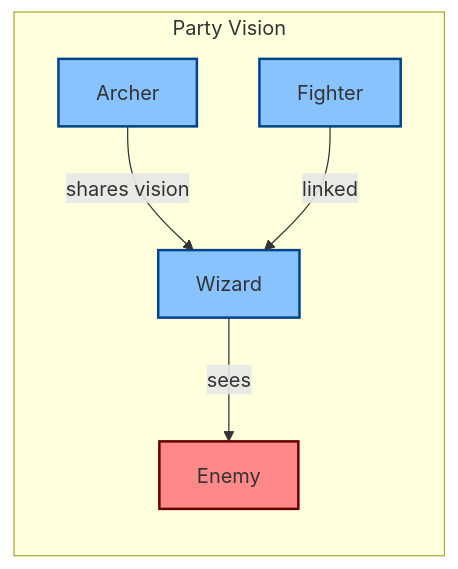
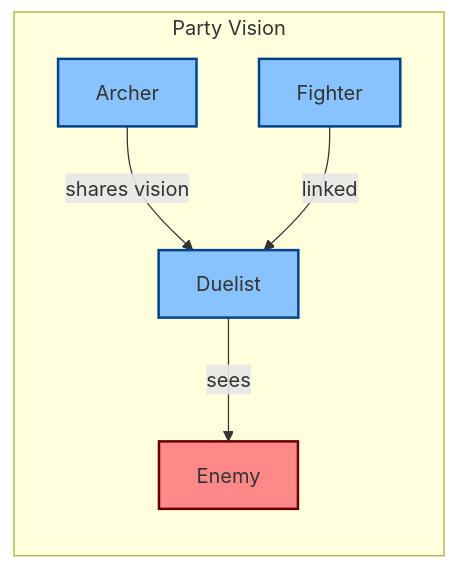
The second of 12 diagrams in README.md (Petemeyers/Palladium-Character-Creator), drawn with Mermaid before and after one commit. The commit also changed other lines of this file and 380 other files, not shown here.

````diff
--- a/README.md
+++ b/README.md
@@ -437,13 +437,13 @@
 ```mermaid
 graph LR
     subgraph Party Vision
-    A[Wizard] -->|sees| E[Enemy]
+    A[Duelist] -->|sees| E[Enemy]
     B[Archer] -->|shares vision| A
     C[Fighter] -->|linked| A
     end
     style A fill:#88c3ff,stroke:#004488,stroke-width:2px
     style B fill:#88c3ff,stroke:#004488,stroke-width:2px
     style C fill:#88c3ff,stroke:#004488,stroke-width:2px
     E:::enemy
     classDef enemy fill:#ff8888,stroke:#660000,stroke-width:2px
 ```
````
